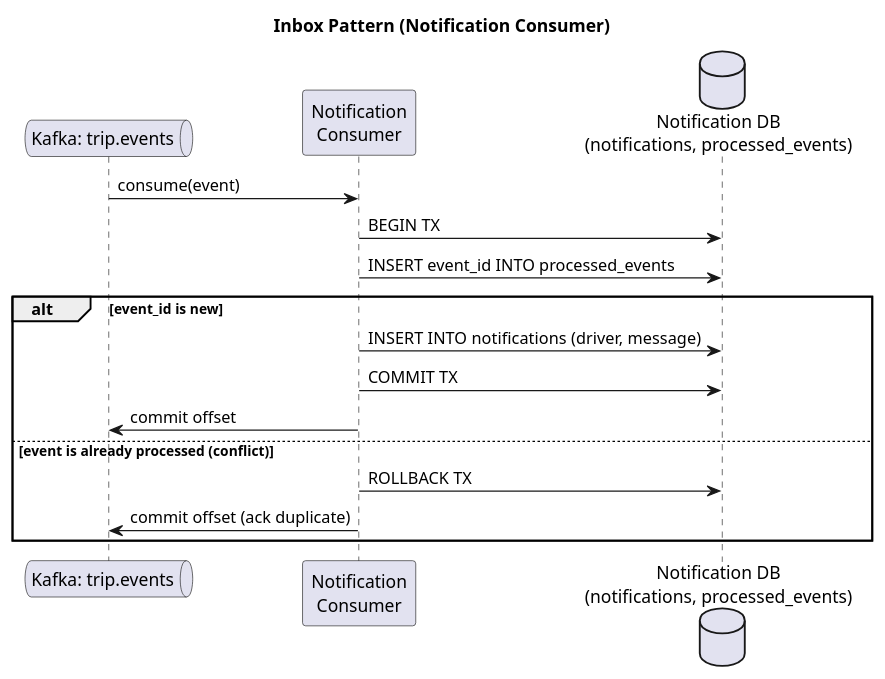
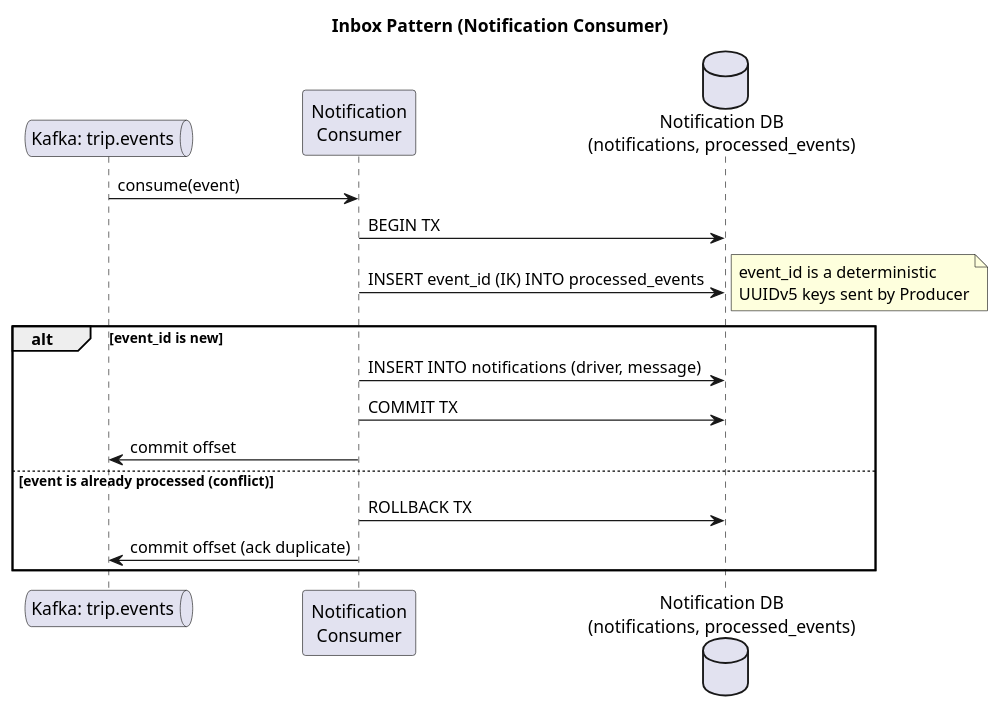
Before and after one commit to SamVitebsk/share_trip: the diagram in docs/inbox.puml, drawn with PlantUML. The commit also changed 3 other files, not shown here.

```diff
--- a/docs/inbox.puml
+++ b/docs/inbox.puml
@@ -1,18 +1,19 @@
 @startuml
 title Inbox Pattern (Notification Consumer)
 queue "Kafka: trip.events" as Kafka
 participant "Notification\nConsumer" as Consumer
 database "Notification DB\n(notifications, processed_events)" as DB
 
 Kafka -> Consumer : consume(event)
 Consumer -> DB : BEGIN TX
-Consumer -> DB : INSERT event_id INTO processed_events
+Consumer -> DB : INSERT event_id (IK) INTO processed_events
+note right: event_id is a deterministic\nUUIDv5 keys sent by Producer
 alt event_id is new
     Consumer -> DB : INSERT INTO notifications (driver, message)
     Consumer -> DB : COMMIT TX
     Consumer -> Kafka : commit offset
 else event is already processed (conflict)
     Consumer -> DB : ROLLBACK TX
     Consumer -> Kafka : commit offset (ack duplicate)
 end
 @enduml
```
